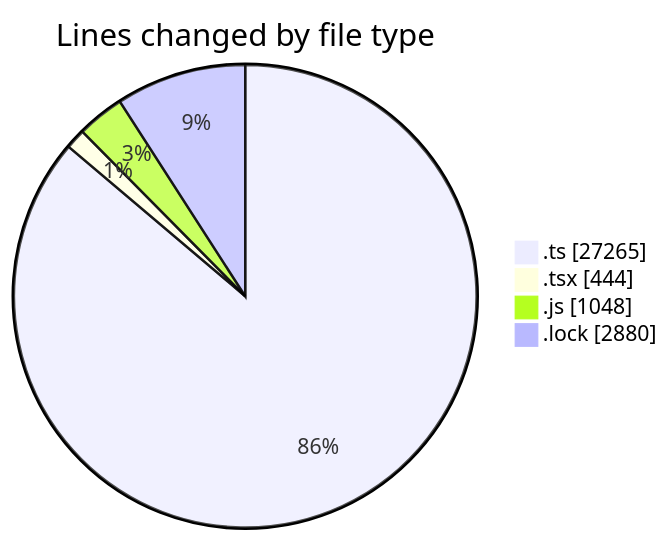
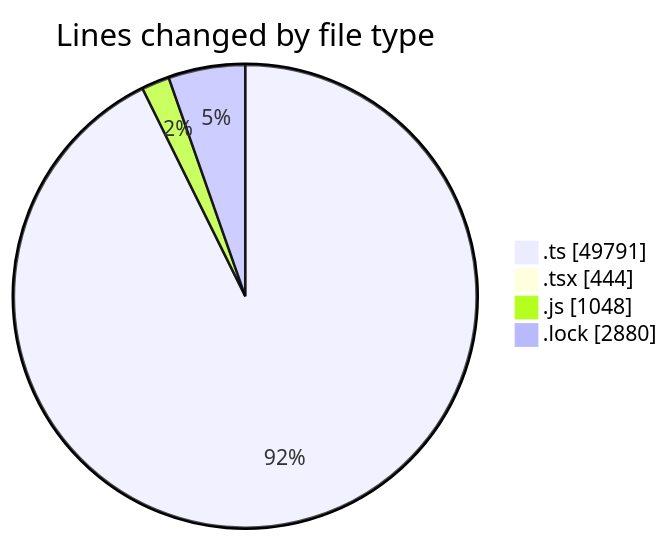
Before and after one commit to momahboobian/code-tracking: the first of 2 diagrams in 2026-09-11/cda/README.md, drawn with Mermaid. The commit also changed other lines of this file and 1 other file, not shown here.

````diff
--- a/2026-09-11/cda/README.md
+++ b/2026-09-11/cda/README.md
@@ -38,8 +40,8 @@
 ```mermaid
 pie showData
 title Lines changed by file type
-".ts" : 27265
+".ts" : 49791
 ".tsx" : 444
 ".js" : 1048
 ".lock" : 2880
 ```
````
